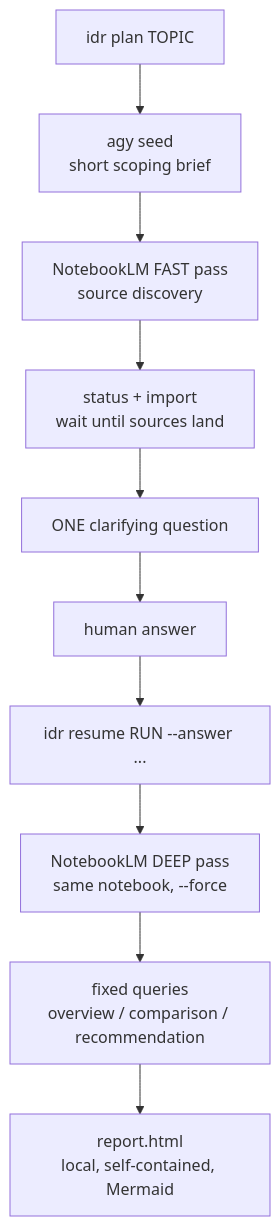
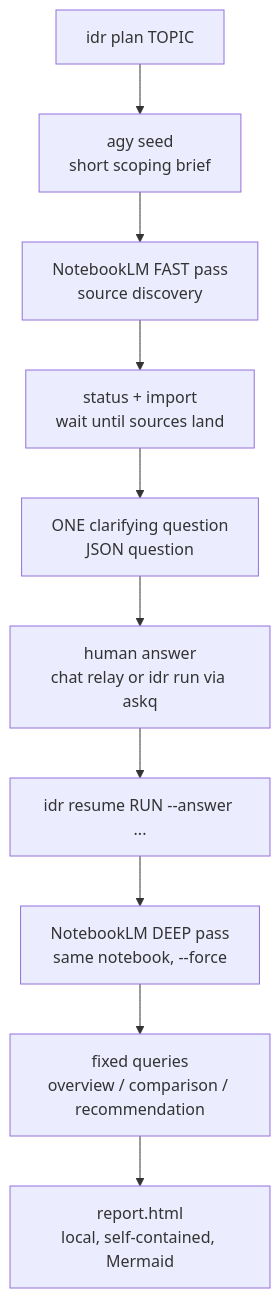
One commit to Martin-Hausleitner/interactive-deep-research changed the second of 2 diagrams in skills/interactive-deep-research/SKILL.md. Above: the diagram before and after it, drawn with Mermaid. The commit also changed other lines of this file and 10 other files, not shown here.

````diff
--- a/skills/interactive-deep-research/SKILL.md
+++ b/skills/interactive-deep-research/SKILL.md
@@ -39,12 +61,12 @@
 ```mermaid
 flowchart TD
     A["idr plan TOPIC"] --> B["agy seed<br/>short scoping brief"]
     B --> C["NotebookLM FAST pass<br/>source discovery"]
     C --> D["status + import<br/>wait until sources land"]
-    D --> E["ONE clarifying question"]
-    E --> F["human answer"]
+    D --> E["ONE clarifying question<br/>JSON question"]
+    E --> F["human answer<br/>chat relay or idr run via askq"]
     F --> G["idr resume RUN --answer ..."]
     G --> H["NotebookLM DEEP pass<br/>same notebook, --force"]
     H --> I["fixed queries<br/>overview / comparison / recommendation"]
     I --> J["report.html<br/>local, self-contained, Mermaid"]
 ```
````
